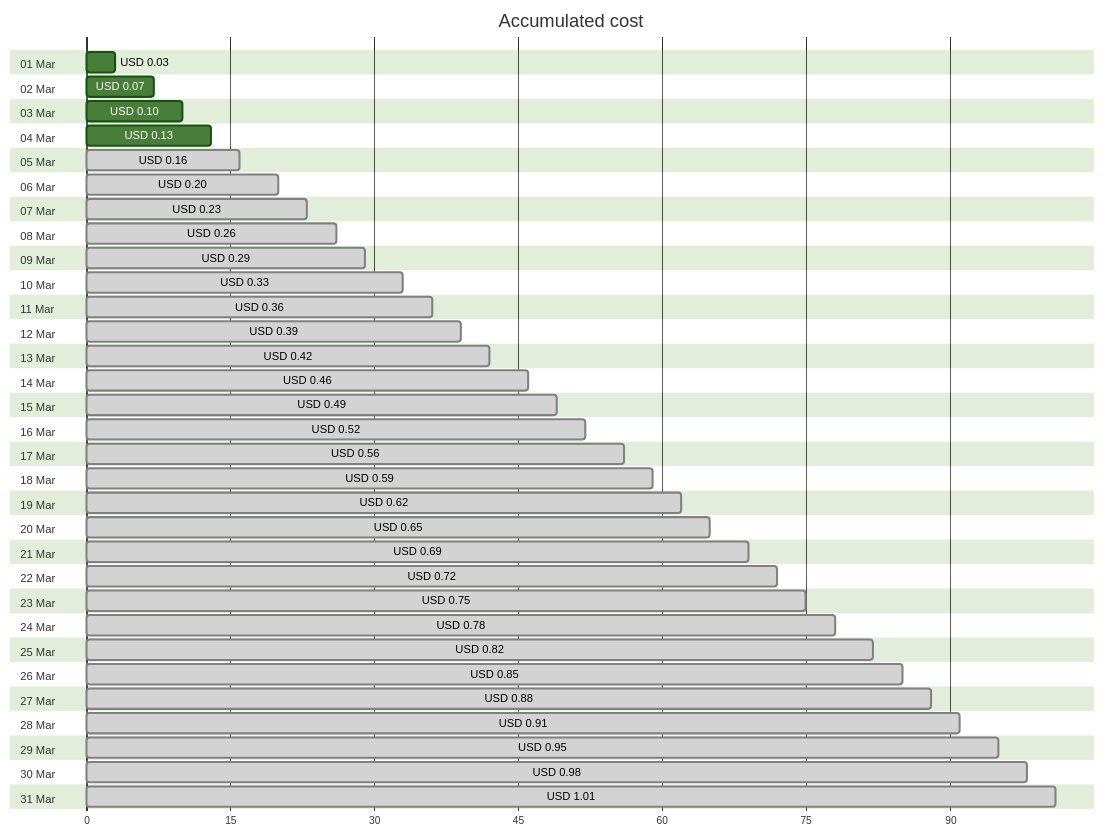
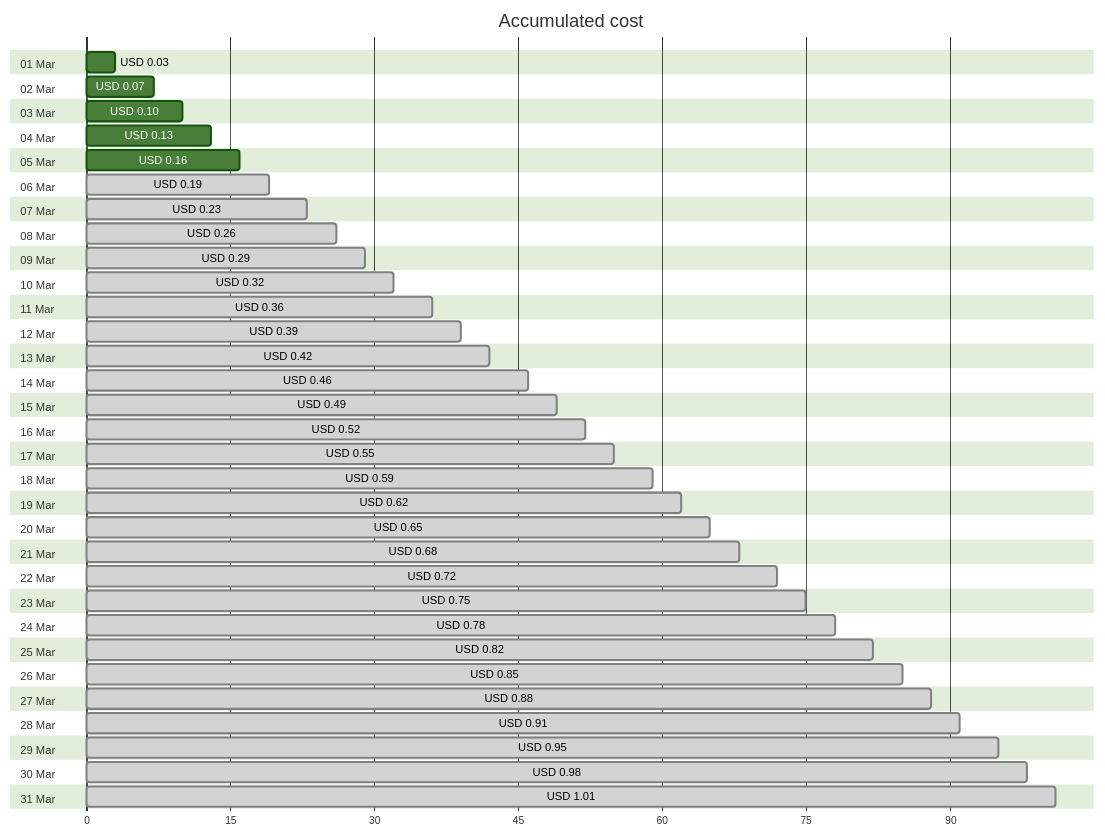
Before and after one commit to jpfulton/azure-personal-reports: the first of 4 diagrams in cost-reports/personal-dns/README.md, drawn with Mermaid (forest theme). The commit also changed other lines of this file and 2 other files, not shown here.

````diff
--- a/cost-reports/personal-dns/README.md
+++ b/cost-reports/personal-dns/README.md
@@ -20,68 +20,68 @@
 ```mermaid
 gantt
    title Accumulated cost
    dateFormat  X
    axisFormat %s
    section 01 Mar
    USD 0.03 :0, 3
    section 02 Mar
    USD 0.07 :0, 7
    section 03 Mar
    USD 0.10 :0, 10
    section 04 Mar
    USD 0.13 :0, 13
    section 05 Mar
-   USD 0.16 : done, 0, 16
+   USD 0.16 :0, 16
    section 06 Mar
-   USD 0.20 : done, 0, 20
+   USD 0.19 : done, 0, 19
    section 07 Mar
    USD 0.23 : done, 0, 23
    section 08 Mar
    USD 0.26 : done, 0, 26
    section 09 Mar
    USD 0.29 : done, 0, 29
    section 10 Mar
-   USD 0.33 : done, 0, 33
+   USD 0.32 : done, 0, 32
    section 11 Mar
    USD 0.36 : done, 0, 36
    section 12 Mar
    USD 0.39 : done, 0, 39
    section 13 Mar
    USD 0.42 : done, 0, 42
    section 14 Mar
    USD 0.46 : done, 0, 46
    section 15 Mar
    USD 0.49 : done, 0, 49
    section 16 Mar
    USD 0.52 : done, 0, 52
    section 17 Mar
-   USD 0.56 : done, 0, 56
+   USD 0.55 : done, 0, 55
    section 18 Mar
    USD 0.59 : done, 0, 59
    section 19 Mar
    USD 0.62 : done, 0, 62
    section 20 Mar
    USD 0.65 : done, 0, 65
    section 21 Mar
-   USD 0.69 : done, 0, 69
+   USD 0.68 : done, 0, 68
    section 22 Mar
    USD 0.72 : done, 0, 72
    section 23 Mar
    USD 0.75 : done, 0, 75
    section 24 Mar
    USD 0.78 : done, 0, 78
    section 25 Mar
    USD 0.82 : done, 0, 82
    section 26 Mar
    USD 0.85 : done, 0, 85
    section 27 Mar
    USD 0.88 : done, 0, 88
    section 28 Mar
    USD 0.91 : done, 0, 91
    section 29 Mar
    USD 0.95 : done, 0, 95
    section 30 Mar
    USD 0.98 : done, 0, 98
    section 31 Mar
    USD 1.01 : done, 0, 101
 ```
````
